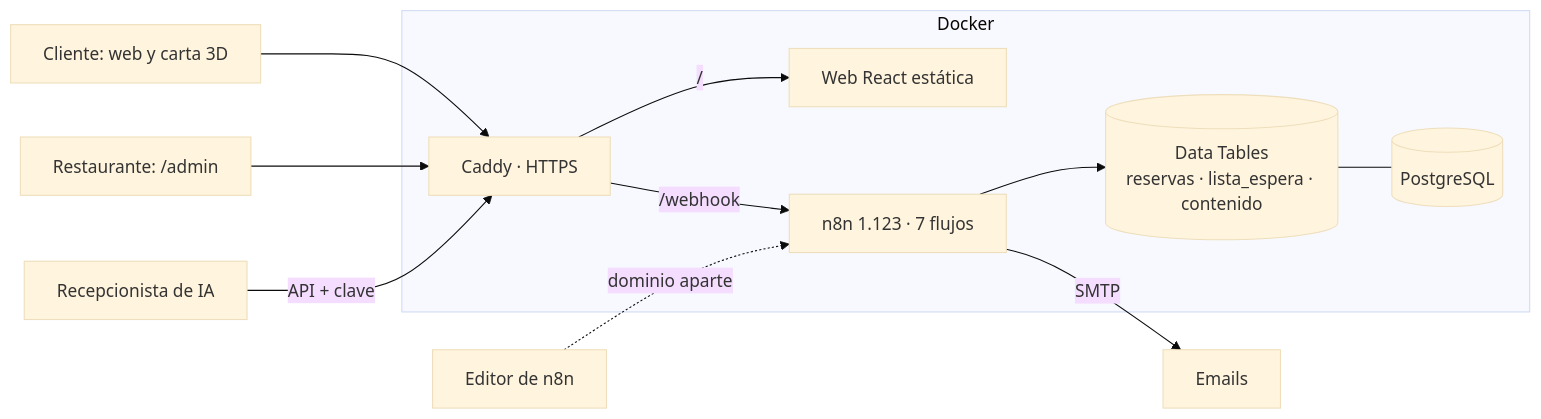
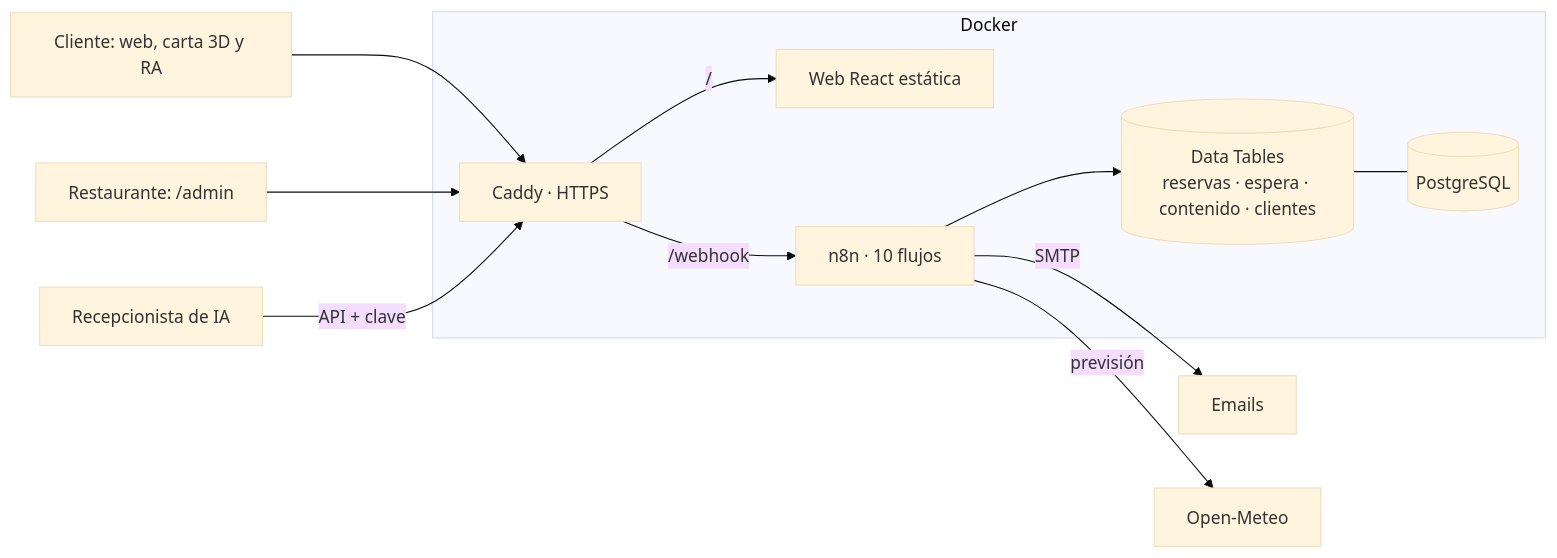
Before and after one commit to hodeione/reservas-n8n: the diagram in README.md, drawn with Mermaid (base theme). The commit also changed other lines of this file and 105 other files, not shown here.

````diff
--- a/README.md
+++ b/README.md
@@ -68,14 +76,14 @@
 ```mermaid
 flowchart LR
-  C[Cliente: web y carta 3D] --> CADDY
+  C[Cliente: web, carta 3D y RA] --> CADDY
   A[Restaurante: /admin] --> CADDY
   IA[Recepcionista de IA] -->|API + clave| CADDY
   subgraph Docker
     CADDY[Caddy · HTTPS] -->|/| WEB[Web React estática]
-    CADDY -->|/webhook| N8N[n8n 1.123 · 7 flujos]
-    N8N --> DT[(Data Tables<br/>reservas · lista_espera · contenido)]
+    CADDY -->|/webhook| N8N[n8n · 10 flujos]
+    N8N --> DT[(Data Tables<br/>reservas · espera · contenido · clientes)]
     DT --- PG[(PostgreSQL)]
   end
   N8N -->|SMTP| M[Emails]
-  E[Editor de n8n] -.dominio aparte.-> N8N
+  N8N -->|previsión| OM[Open-Meteo]
 ```
````
